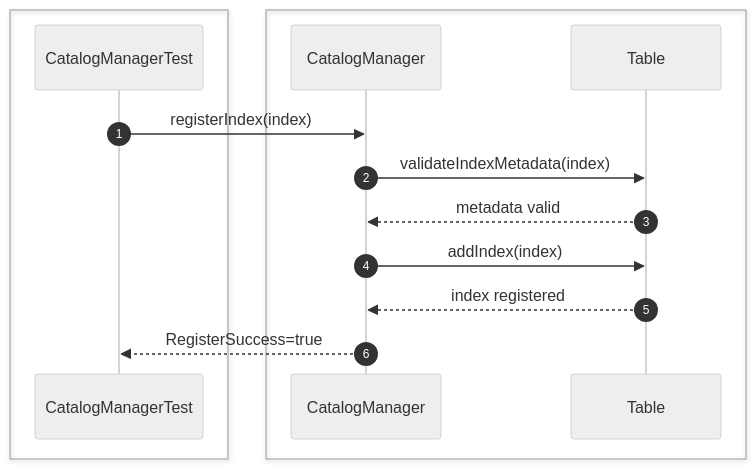
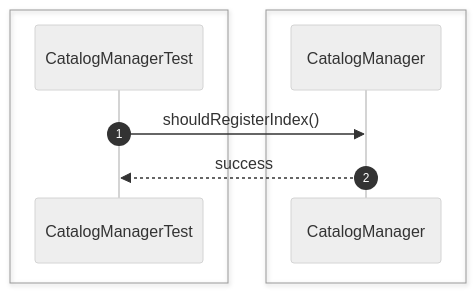
The fourth of 28 diagrams in src/sequence/catalog.md (Huy1801214/dbms-architecture), drawn with Mermaid (neutral theme) before and after one commit. The commit also changed other lines of this file and 68 other files, not shown here.

Commit message:
implement comprehensive unit test suite and architectural sequence documentation

````diff
--- a/src/sequence/catalog.md
+++ b/src/sequence/catalog.md
@@ -79,23 +51,13 @@
 ```mermaid
 sequenceDiagram
     autonumber
     box #e1f5fe Test Suite
     participant Test as CatalogManagerTest
     end
-    box #e8f5e9 Catalog Objects
-    participant Catalog as CatalogManager
-    participant Tbl as Table
+    box #e8f5e9 CatalogManager Component
+    participant CM as CatalogManager
     end
 
-    Test->>Catalog: registerIndex(index)
-
-    Catalog->>Tbl: validateIndexMetadata(index)
-
-    Tbl-->>Catalog: metadata valid
-
-    Catalog->>Tbl: addIndex(index)
-
-    Tbl-->>Catalog: index registered
-
-    Catalog-->>Test: RegisterSuccess=true
+    Test->>CM: shouldRegisterIndex()
+    CM-->>Test: success
 ```
````
